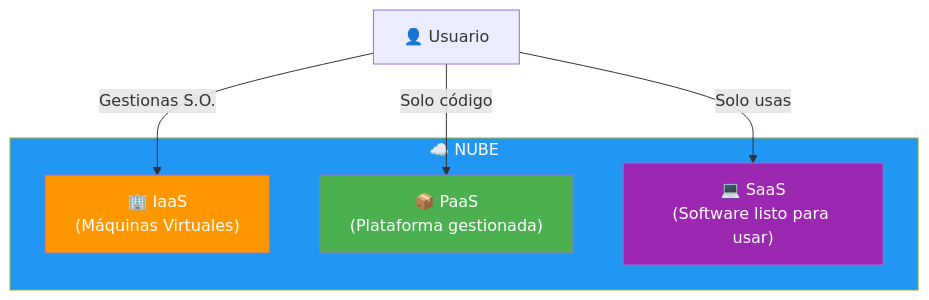
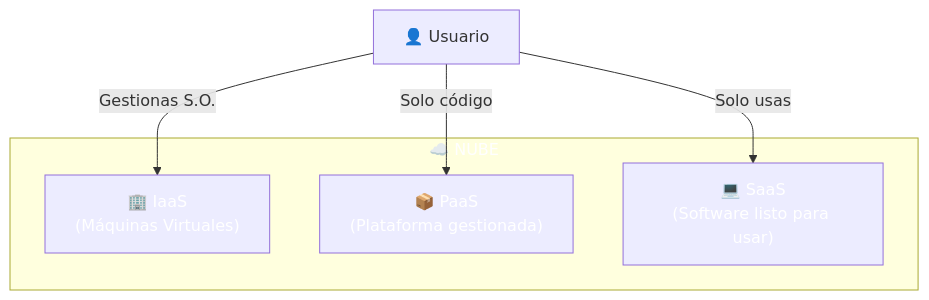
The sixth of 7 diagrams in 09-despliegue.md (joseluisgs/DesarrolloWebEntornosServidor-01-2026-2027), drawn with Mermaid before and after one commit. The commit also changed other lines of this file and 66 other files, not shown here.

First line of the commit message:
fix: normalizar titulos al castellano de frase y corregir la paleta de mermaid

````diff
--- a/09-despliegue.md
+++ b/09-despliegue.md
@@ -325,17 +325,17 @@
 ```mermaid
 graph TD
     subgraph CLOUD["☁️ NUBE"]
         IaaS["🏢 IaaS<br/>(Máquinas Virtuales)"]
         PaaS["📦 PaaS<br/>(Plataforma gestionada)"]
         SaaS["💻 SaaS<br/>(Software listo para usar)"]
     end
 
     U["👤 Usuario"] -->|"Gestionas S.O."| IaaS
     U -->|"Solo código"| PaaS
     U -->|"Solo usas"| SaaS
 
-    style CLOUD fill:#2196F3,color:#fff
-    style IaaS fill:#FF9800,color:#fff
-    style PaaS fill:#4CAF50,color:#fff
-    style SaaS fill:#9C27B0,color:#fff
+    style CLOUD fill:#2196F,color:#fff3,color:#fff
+    style IaaS fill:#FF980,color:#fff0,color:#fff
+    style PaaS fill:#4CAF5,color:#fff0,color:#fff
+    style SaaS fill:#9C27B,color:#fff0,color:#fff
 ```
````
